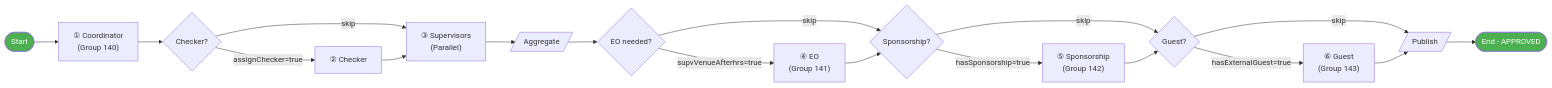
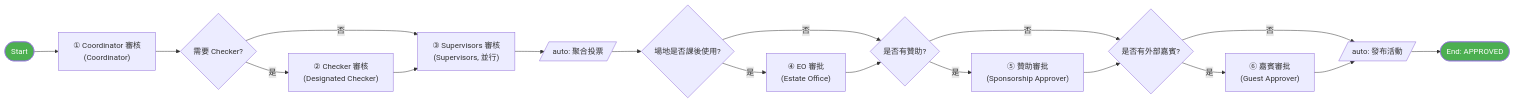
The second of 3 diagrams in activity-publish-workflow-design.md (OneStar-Projects/SLAS-Docs), drawn with Mermaid before and after one commit. The commit also changed other lines of this file and 1 other file, not shown here.

````diff
--- a/activity-publish-workflow-design.md
+++ b/activity-publish-workflow-design.md
@@ -214,26 +268,24 @@
 ```mermaid
 flowchart LR
-    Start(["Start"]) --> A
-
-    A["① Coordinator<br/>(Group 140)"]
-    A --> D{Checker?}
-    D -->|"assignChecker=true"| E["② Checker"]
-    D -->|"skip"| F
-    E --> F["③ Supervisors<br/>(Parallel)"]
-    F --> FA[/"Aggregate"/]
-    FA --> B{EO needed?}
-    B -->|"supvVenueAfterhrs=true"| C["④ EO<br/>(Group 141)"]
-    B -->|"skip"| G
-    C --> G{Sponsorship?}
-    G -->|"hasSponsorship=true"| H["⑤ Sponsorship<br/>(Group 142)"]
-    G -->|"skip"| I
-    H --> I{Guest?}
-    I -->|"hasExternalGuest=true"| J["⑥ Guest<br/>(Group 143)"]
-    I -->|"skip"| Pub
+    Start(["Start"]) --> A["① Coordinator 審核<br/>(Coordinator)"]
+    A --> D{需要 Checker?}
+    D -->|"是"| E["② Checker 審核<br/>(Designated Checker)"]
+    D -->|"否"| F
+    E --> F["③ Supervisors 審核<br/>(Supervisors, 並行)"]
+    F --> FA[/"auto: 聚合投票"/]
+    FA --> B{場地是否課後使用?}
+    B -->|"是"| C["④ EO 審批<br/>(Estate Office)"]
+    B -->|"否"| G
+    C --> G{是否有贊助?}
+    G -->|"是"| H["⑤ 贊助審批<br/>(Sponsorship Approver)"]
+    G -->|"否"| I
+    H --> I{是否有外部嘉賓?}
+    I -->|"是"| J["⑥ 嘉賓審批<br/>(Guest Approver)"]
+    I -->|"否"| Pub
     J --> Pub
-    Pub[/"Publish"/]
-    Pub --> End(["End - APPROVED"])
+    Pub[/"auto: 發布活動"/]
+    Pub --> End(["End: APPROVED"])
 
     style Start fill:#4CAF50,color:#fff
     style End fill:#4CAF50,color:#fff
 ```
````
